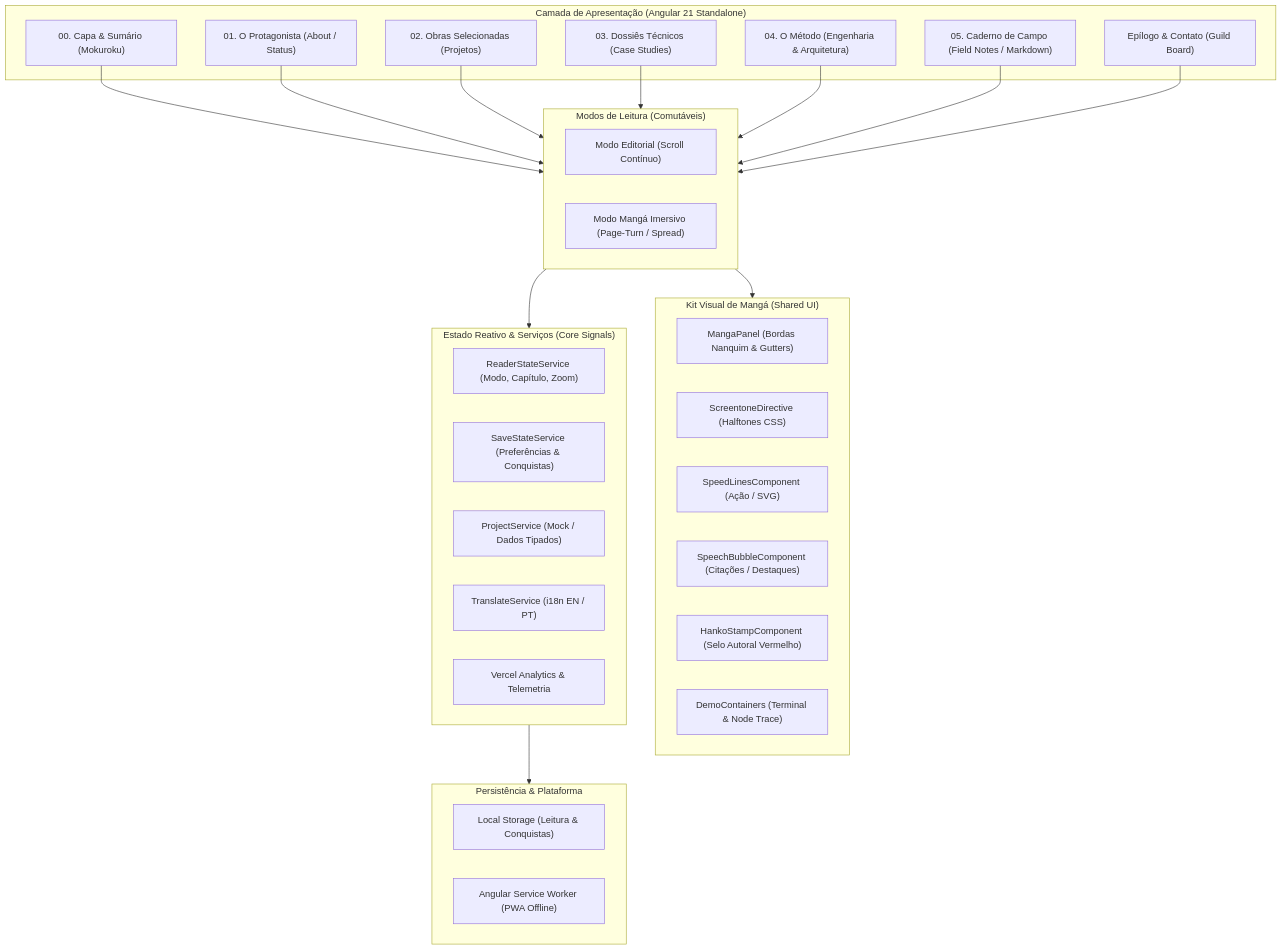
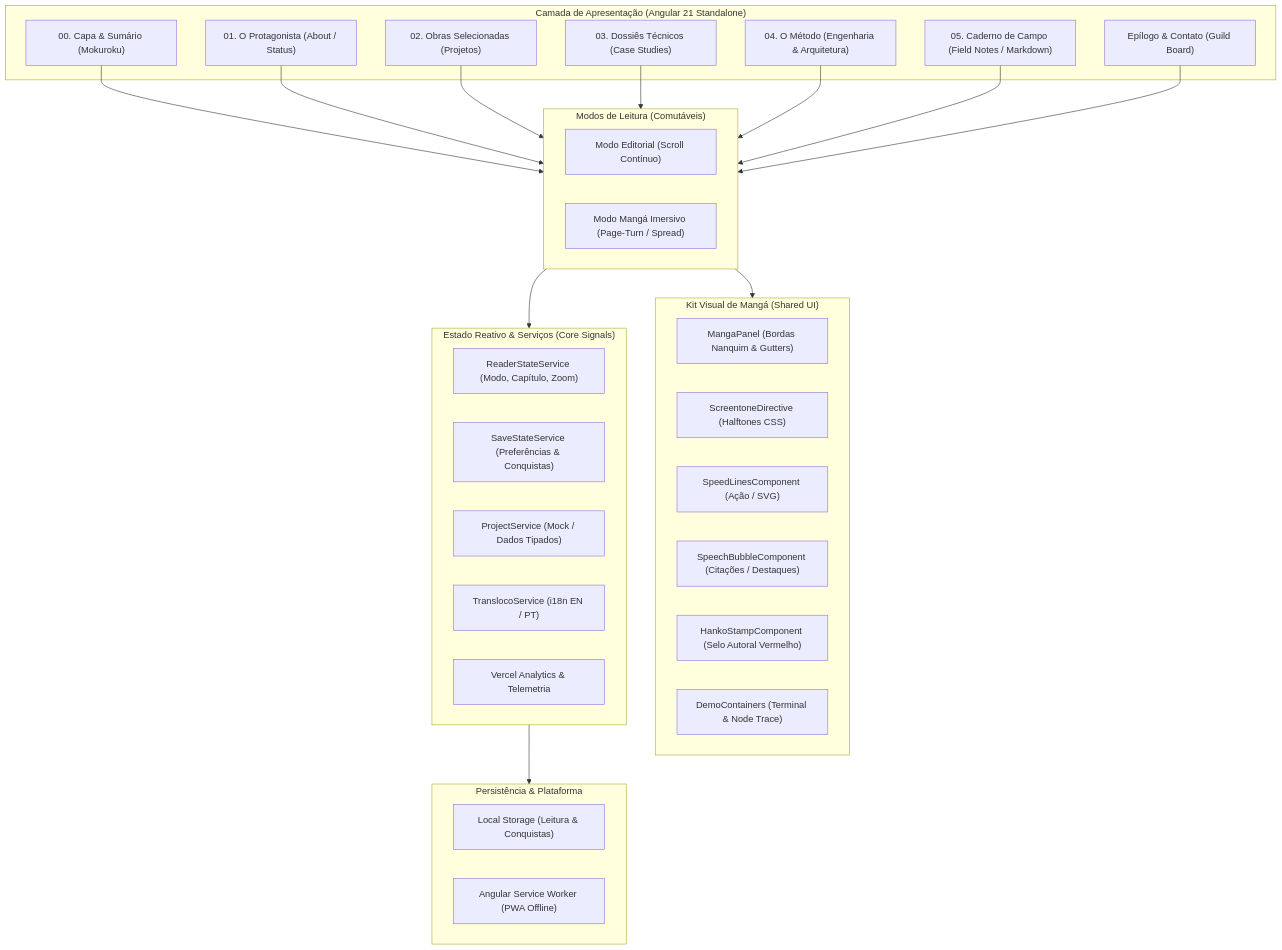
One commit to ErickG123/erickg.dev changed the diagram in docs/portfolio/especificacao-funcional.md. Above: the diagram before and after it, drawn with Mermaid. The commit also changed 41 other files, not shown here.

````diff
--- a/docs/portfolio/especificacao-funcional.md
+++ b/docs/portfolio/especificacao-funcional.md
@@ -33,51 +33,51 @@
 ```mermaid
 flowchart TD
     subgraph ClientLayer ["Camada de Apresentação (Angular 21 Standalone)"]
         Cover["00. Capa & Sumário (Mokuroku)"]
         Protagonist["01. O Protagonista (About / Status)"]
         Projects["02. Obras Selecionadas (Projetos)"]
         CaseStudies["03. Dossiês Técnicos (Case Studies)"]
         Engineering["04. O Método (Engenharia & Arquitetura)"]
         FieldNotes["05. Caderno de Campo (Field Notes / Markdown)"]
         Colophon["Epílogo & Contato (Guild Board)"]
     end
 
     subgraph Modes ["Modos de Leitura (Comutáveis)"]
         ScrollMode["Modo Editorial (Scroll Contínuo)"]
         ReaderMode["Modo Mangá Imersivo (Page-Turn / Spread)"]
     end
 
     subgraph UIComponents ["Kit Visual de Mangá (Shared UI)"]
         Panel["MangaPanel (Bordas Nanquim & Gutters)"]
         Screentone["ScreentoneDirective (Halftones CSS)"]
         SpeedLines["SpeedLinesComponent (Ação / SVG)"]
         SpeechBubble["SpeechBubbleComponent (Citações / Destaques)"]
         Hanko["HankoStampComponent (Selo Autoral Vermelho)"]
         InteractiveDemo["DemoContainers (Terminal & Node Trace)"]
     end
 
     subgraph StateLayer ["Estado Reativo & Serviços (Core Signals)"]
         ReaderState["ReaderStateService (Modo, Capítulo, Zoom)"]
         SaveState["SaveStateService (Preferências & Conquistas)"]
         ProjectService["ProjectService (Mock / Dados Tipados)"]
-        Translation["TranslateService (i18n EN / PT)"]
+        Translation["TranslocoService (i18n EN / PT)"]
         Analytics["Vercel Analytics & Telemetria"]
     end
 
     subgraph Persistence ["Persistência & Plataforma"]
         LocalStorage["Local Storage (Leitura & Conquistas)"]
         ServiceWorker["Angular Service Worker (PWA Offline)"]
     end
 
     Cover --> Modes
     Protagonist --> Modes
     Projects --> Modes
     CaseStudies --> Modes
     Engineering --> Modes
     FieldNotes --> Modes
     Colophon --> Modes
 
     Modes --> UIComponents
     Modes --> StateLayer
     StateLayer --> Persistence
 ```
````
